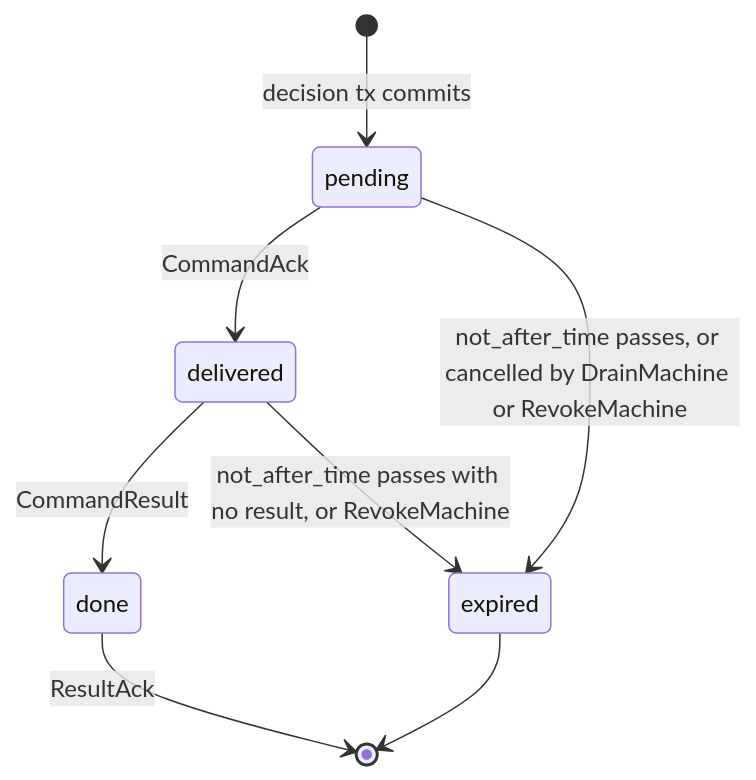
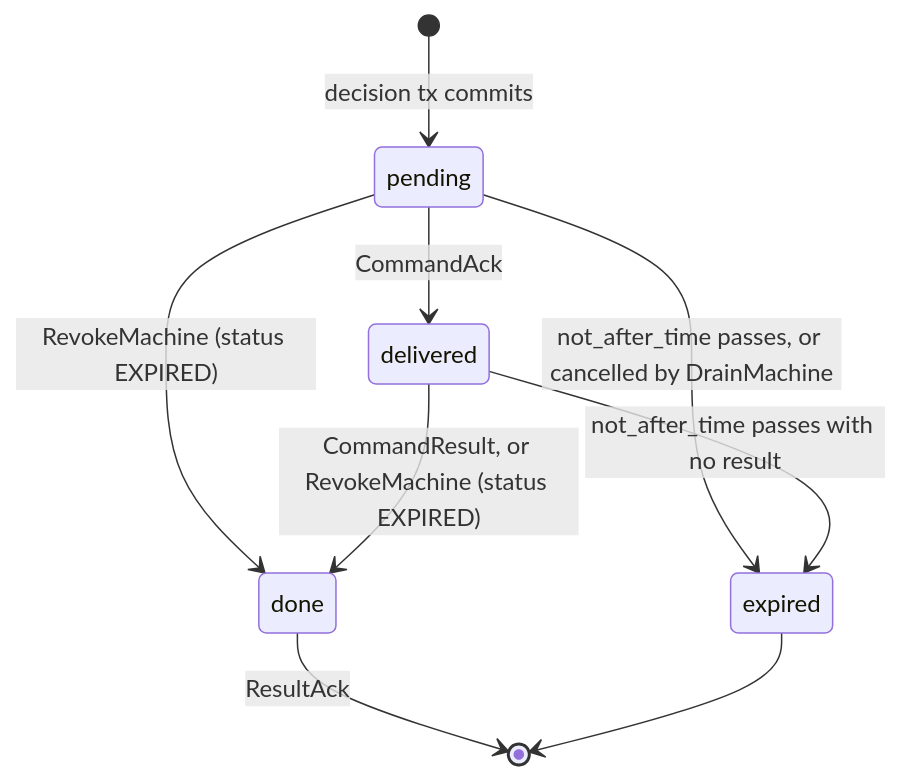
One commit to linuxdynasty/fleet-board changed the second of 5 diagrams in docs/flows/agent-hub-2.md. Above: the diagram before and after it, drawn with Mermaid. The commit also changed other lines of this file and 48 other files, not shown here.

````diff
--- a/docs/flows/agent-hub-2.md
+++ b/docs/flows/agent-hub-2.md
@@ -156,10 +156,11 @@
 ```mermaid
 stateDiagram-v2
   [*] --> pending: decision tx commits
   pending --> delivered: CommandAck
-  pending --> expired: not_after_time passes, or cancelled by DrainMachine or RevokeMachine
-  delivered --> done: CommandResult
-  delivered --> expired: not_after_time passes with no result, or RevokeMachine
+  pending --> expired: not_after_time passes, or cancelled by DrainMachine
+  pending --> done: RevokeMachine (status EXPIRED)
+  delivered --> done: CommandResult, or RevokeMachine (status EXPIRED)
+  delivered --> expired: not_after_time passes with no result
   done --> [*]: ResultAck
   expired --> [*]
 ```
````
